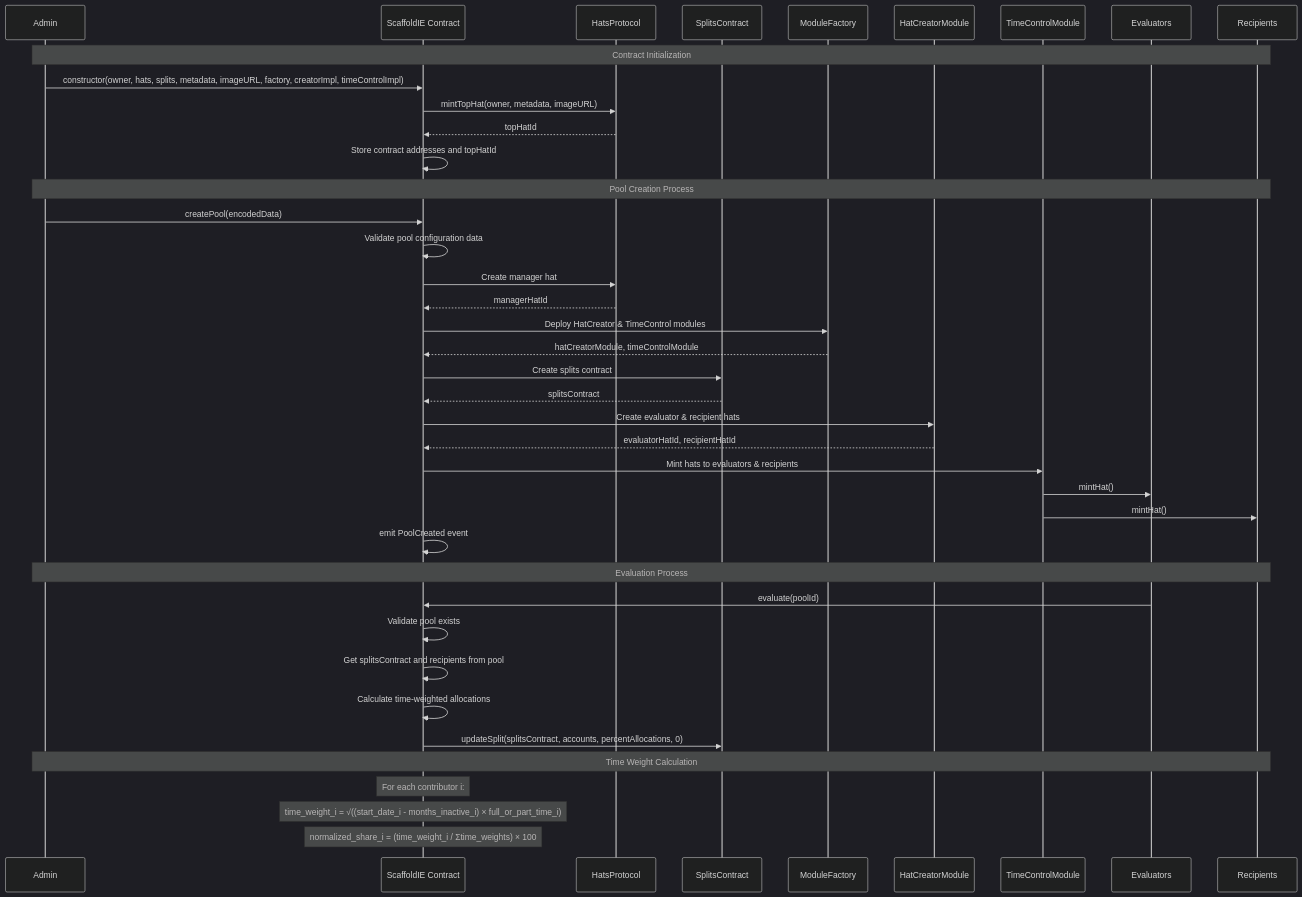
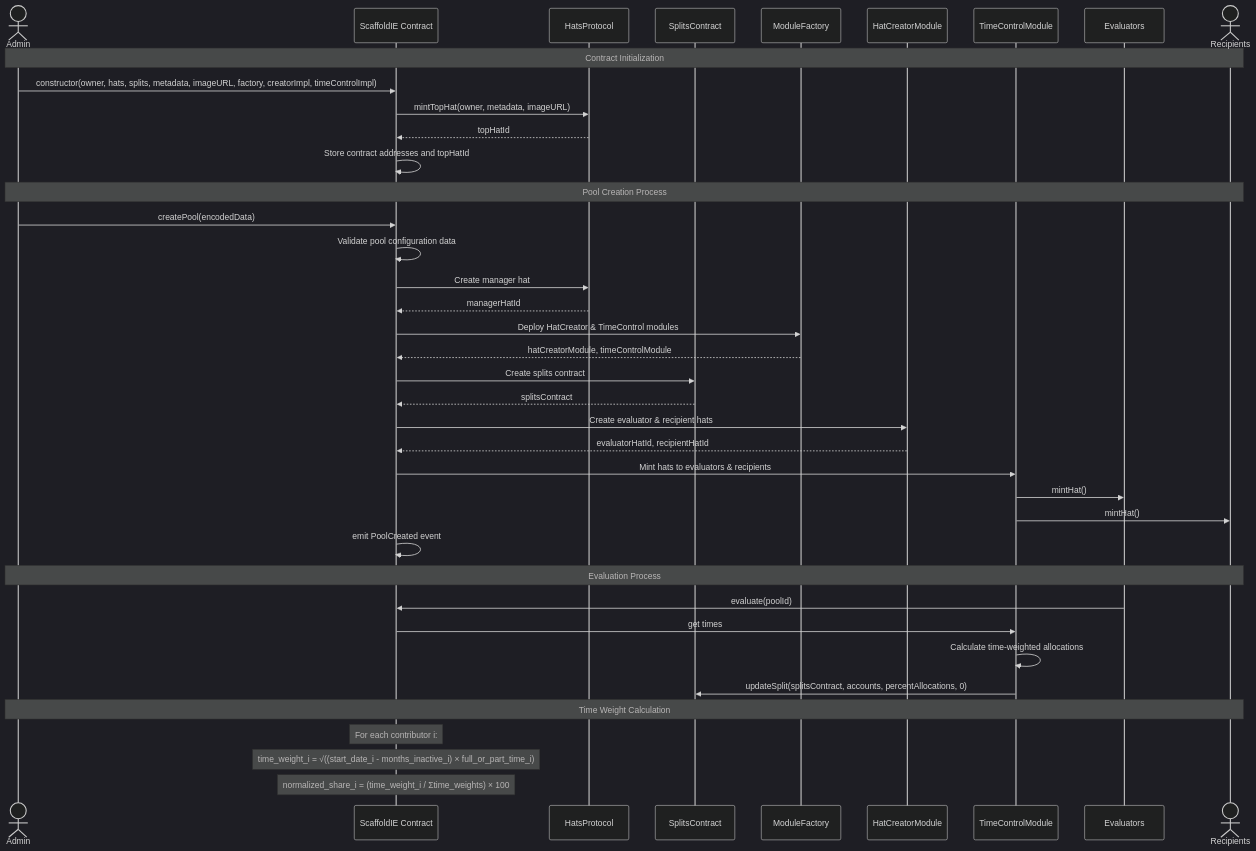
One commit to tnkshuuhei/ie-framework changed the diagram in README.md. Above: the diagram before and after it, drawn with Mermaid (dark theme). The commit also changed other lines of this file, not shown here.

````diff
--- a/README.md
+++ b/README.md
@@ -77,52 +73,52 @@
 ```mermaid
 sequenceDiagram
-    participant Admin
+    actor Admin
     participant IE as ScaffoldIE Contract
     participant Hats as HatsProtocol
     participant Splits as SplitsContract
     participant Factory as ModuleFactory
     participant Creator as HatCreatorModule
     participant TimeControl as TimeControlModule
     participant Evaluators
-    participant Recipients
+    actor Recipients
 
     Note over Admin,Recipients: Contract Initialization
     Admin->>IE: constructor(owner, hats, splits, metadata, imageURL, factory, creatorImpl, timeControlImpl)
     IE->>Hats: mintTopHat(owner, metadata, imageURL)
     Hats-->>IE: topHatId
     IE->>IE: Store contract addresses and topHatId
 
     Note over Admin,Recipients: Pool Creation Process
     Admin->>IE: createPool(encodedData)
     IE->>IE: Validate pool configuration data
 
     IE->>Hats: Create manager hat
     Hats-->>IE: managerHatId
 
     IE->>Factory: Deploy HatCreator & TimeControl modules
     Factory-->>IE: hatCreatorModule, timeControlModule
 
     IE->>Splits: Create splits contract
     Splits-->>IE: splitsContract
 
     IE->>Creator: Create evaluator & recipient hats
     Creator-->>IE: evaluatorHatId, recipientHatId
 
     IE->>TimeControl: Mint hats to evaluators & recipients
 		TimeControl ->> Evaluators: mintHat()
 		TimeControl ->> Recipients: mintHat()
 
     IE->>IE: emit PoolCreated event
 
     Note over Admin,Recipients: Evaluation Process
     Evaluators->>IE: evaluate(poolId)
-    IE->>IE: Validate pool exists
-    IE->>IE: Get splitsContract and recipients from pool
-    IE->>IE: Calculate time-weighted allocations
-    IE->>Splits: updateSplit(splitsContract, accounts, percentAllocations, 0)
+    IE ->> TimeControl: get times
+
+    TimeControl->>TimeControl: Calculate time-weighted allocations
+    TimeControl->>Splits: updateSplit(splitsContract, accounts, percentAllocations, 0)
 
     Note over Admin,Recipients: Time Weight Calculation
     Note over IE: For each contributor i:
     Note over IE: time_weight_i = √((start_date_i - months_inactive_i) × full_or_part_time_i)
     Note over IE: normalized_share_i = (time_weight_i / Σtime_weights) × 100
 ```
````
